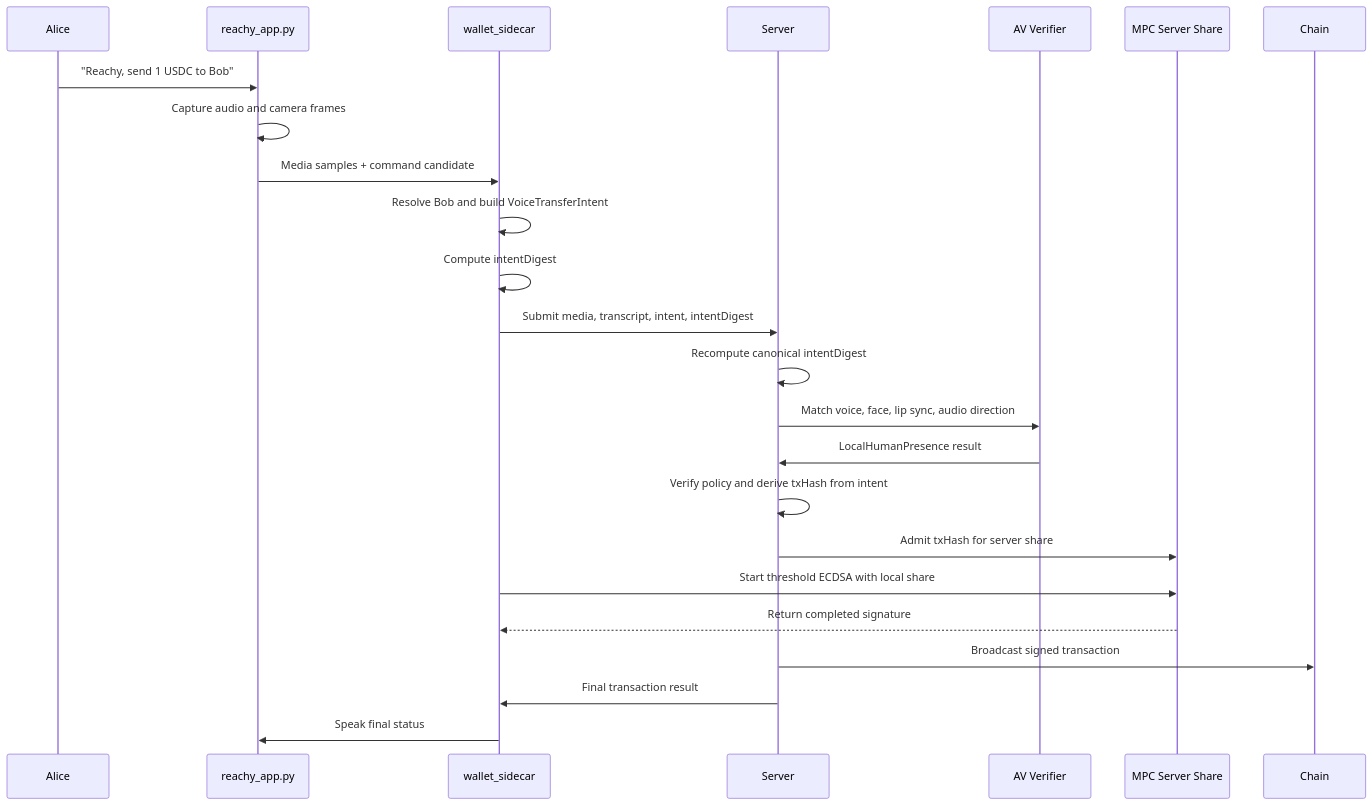
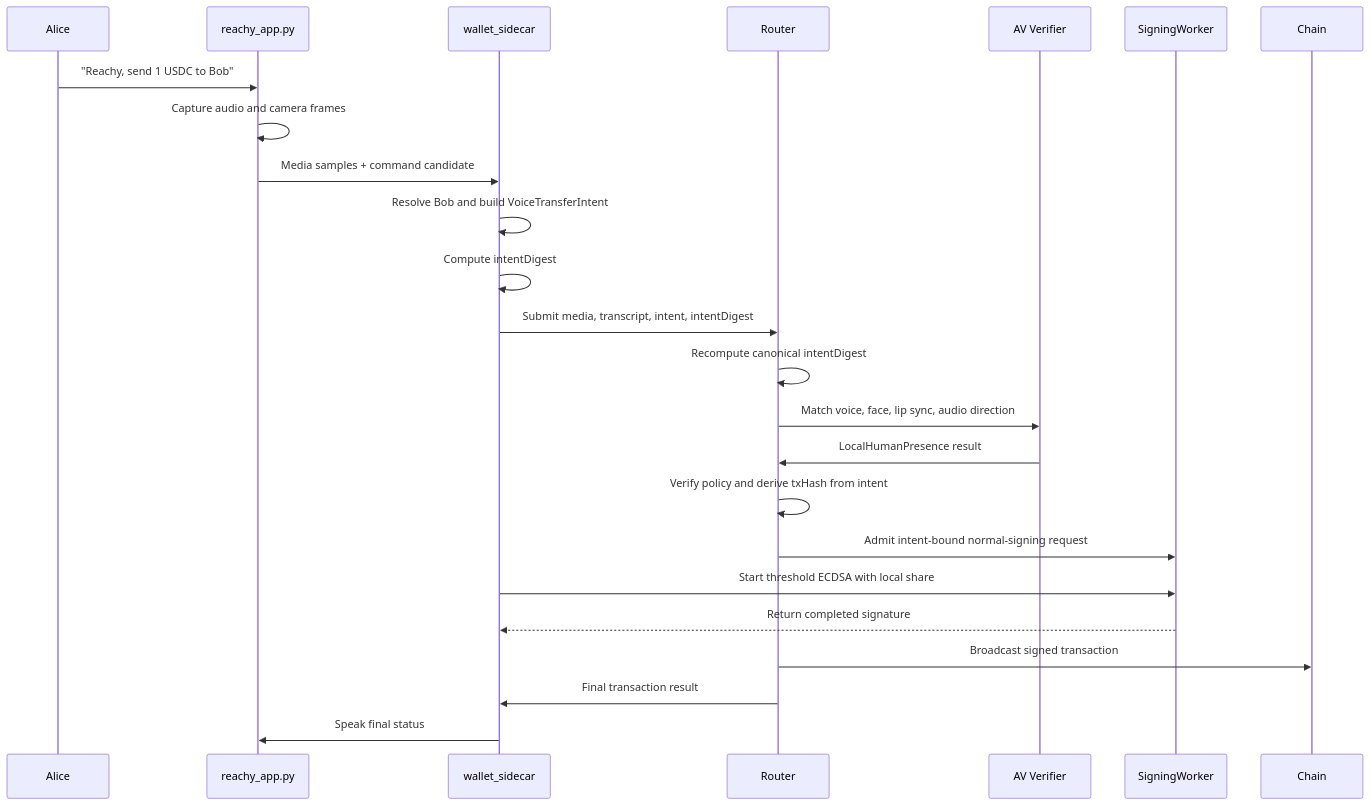
One commit to seams-tech/seams-sdk changed the second of 2 diagrams in docs/voice-biometrics.md. Above: the diagram before and after it, drawn with Mermaid. The commit also changed other lines of this file and 95 other files, not shown here.

Commit message:
Add VoiceID normal SDK integration

````diff
--- a/docs/voice-biometrics.md
+++ b/docs/voice-biometrics.md
@@ -741,27 +748,27 @@
 ```mermaid
 sequenceDiagram
   participant Alice
   participant ReachyApp as reachy_app.py
   participant Sidecar as wallet_sidecar
-  participant Server
+  participant Router
   participant Verifier as AV Verifier
-  participant MPC as MPC Server Share
+  participant SigningWorker
   participant Chain
 
   Alice->>ReachyApp: "Reachy, send 1 USDC to Bob"
   ReachyApp->>ReachyApp: Capture audio and camera frames
   ReachyApp->>Sidecar: Media samples + command candidate
   Sidecar->>Sidecar: Resolve Bob and build VoiceTransferIntent
   Sidecar->>Sidecar: Compute intentDigest
-  Sidecar->>Server: Submit media, transcript, intent, intentDigest
-  Server->>Server: Recompute canonical intentDigest
-  Server->>Verifier: Match voice, face, lip sync, audio direction
-  Verifier->>Server: LocalHumanPresence result
-  Server->>Server: Verify policy and derive txHash from intent
-  Server->>MPC: Admit txHash for server share
-  Sidecar->>MPC: Start threshold ECDSA with local share
-  MPC-->>Sidecar: Return completed signature
-  Server->>Chain: Broadcast signed transaction
-  Server->>Sidecar: Final transaction result
+  Sidecar->>Router: Submit media, transcript, intent, intentDigest
+  Router->>Router: Recompute canonical intentDigest
+  Router->>Verifier: Match voice, face, lip sync, audio direction
+  Verifier->>Router: LocalHumanPresence result
+  Router->>Router: Verify policy and derive txHash from intent
+  Router->>SigningWorker: Admit intent-bound normal-signing request
+  Sidecar->>SigningWorker: Start threshold ECDSA with local share
+  SigningWorker-->>Sidecar: Return completed signature
+  Router->>Chain: Broadcast signed transaction
+  Router->>Sidecar: Final transaction result
   Sidecar->>ReachyApp: Speak final status
 ```
````
